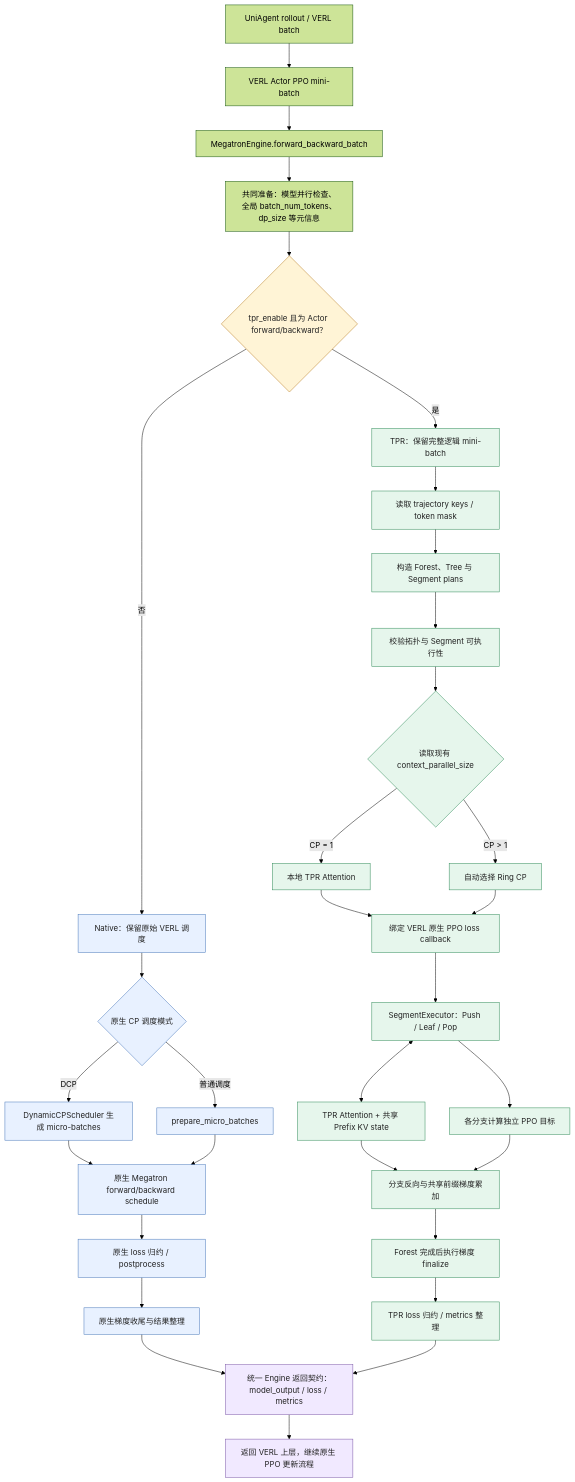
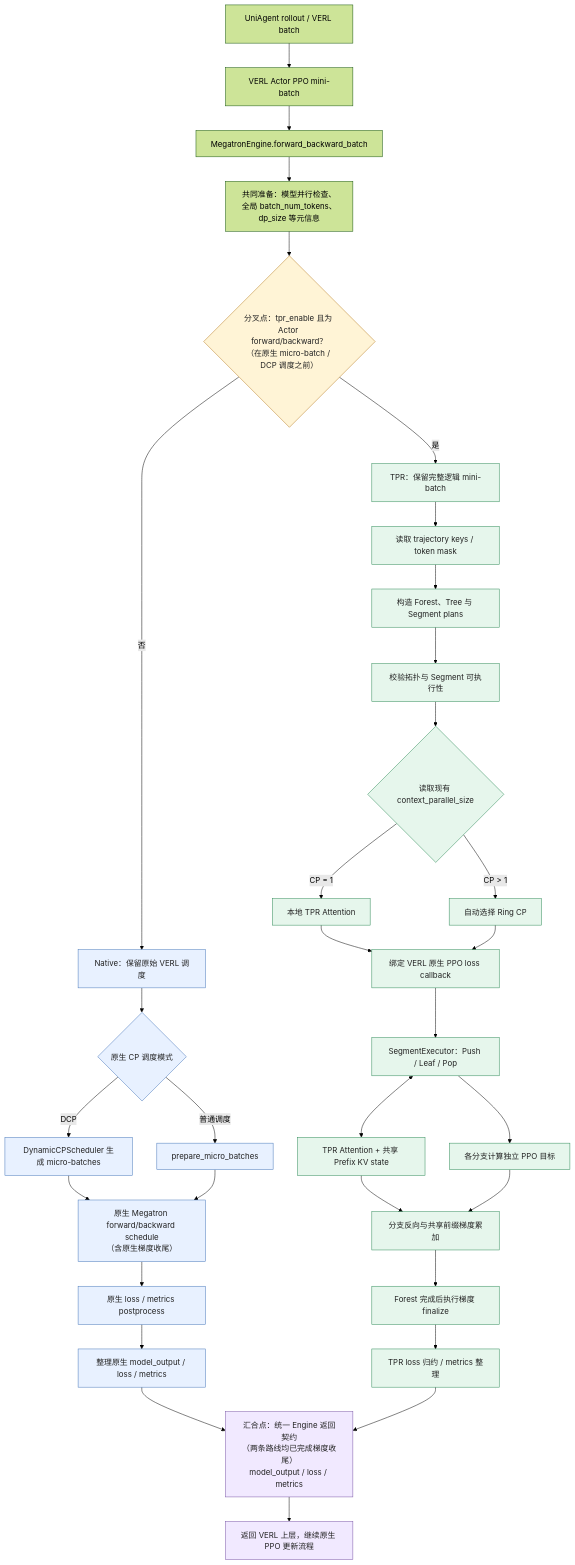
Before and after one commit to 1903943257/verl-tpr-recipe-dev: the diagram in tpr/ARCHITECTURE.md, drawn with Mermaid (forest theme). The commit also changed other lines of this file, not shown here.

Commit message:
docs(tpr): clarify fork and merge points in execution diagram

````diff
--- a/tpr/ARCHITECTURE.md
+++ b/tpr/ARCHITECTURE.md
@@ -83,46 +83,46 @@
 ```mermaid
 flowchart TD
     A["UniAgent rollout / VERL batch"] --> B["VERL Actor PPO mini-batch"]
     B --> C["MegatronEngine.forward_backward_batch"]
     C --> D["共同准备：模型并行检查、全局 batch_num_tokens、dp_size 等元信息"]
-    D --> E{"tpr_enable 且为 Actor forward/backward？"}
+    D --> E{"分叉点：tpr_enable 且为 Actor forward/backward？\n（在原生 micro-batch / DCP 调度之前）"}
 
     E -- "否" --> N1["Native：保留原始 VERL 调度"]
     N1 --> N2{"原生 CP 调度模式"}
     N2 -- "DCP" --> N3["DynamicCPScheduler 生成 micro-batches"]
     N2 -- "普通调度" --> N4["prepare_micro_batches"]
-    N3 --> N5["原生 Megatron forward/backward schedule"]
+    N3 --> N5["原生 Megatron forward/backward schedule\n（含原生梯度收尾）"]
     N4 --> N5
-    N5 --> N6["原生 loss 归约 / postprocess"]
-    N6 --> N7["原生梯度收尾与结果整理"]
+    N5 --> N6["原生 loss / metrics postprocess"]
+    N6 --> N7["整理原生 model_output / loss / metrics"]
 
     E -- "是" --> T1["TPR：保留完整逻辑 mini-batch"]
     T1 --> T2["读取 trajectory keys / token mask"]
     T2 --> T3["构造 Forest、Tree 与 Segment plans"]
     T3 --> T4["校验拓扑与 Segment 可执行性"]
     T4 --> T5{"读取现有 context_parallel_size"}
     T5 -- "CP = 1" --> T6["本地 TPR Attention"]
     T5 -- "CP > 1" --> T7["自动选择 Ring CP"]
     T6 --> T8["绑定 VERL 原生 PPO loss callback"]
     T7 --> T8
     T8 --> T9["SegmentExecutor：Push / Leaf / Pop"]
     T9 <--> T10["TPR Attention + 共享 Prefix KV state"]
     T9 --> T11["各分支计算独立 PPO 目标"]
     T10 --> T12["分支反向与共享前缀梯度累加"]
     T11 --> T12
     T12 --> T13["Forest 完成后执行梯度 finalize"]
     T13 --> T14["TPR loss 归约 / metrics 整理"]
 
-    N7 --> J["统一 Engine 返回契约：model_output / loss / metrics"]
+    N7 --> J["汇合点：统一 Engine 返回契约\n（两条路线均已完成梯度收尾）\nmodel_output / loss / metrics"]
     T14 --> J
     J --> K["返回 VERL 上层，继续原生 PPO 更新流程"]
 
     classDef fork fill:#fff4d6,stroke:#b7791f,color:#222;
     classDef native fill:#e8f1ff,stroke:#4676b9,color:#222;
     classDef tpr fill:#e6f6ec,stroke:#2d8a57,color:#222;
     classDef join fill:#f1e9ff,stroke:#7955a6,color:#222;
     class E fork;
     class N1,N2,N3,N4,N5,N6,N7 native;
     class T1,T2,T3,T4,T5,T6,T7,T8,T9,T10,T11,T12,T13,T14 tpr;
     class J,K join;
 ```
````
